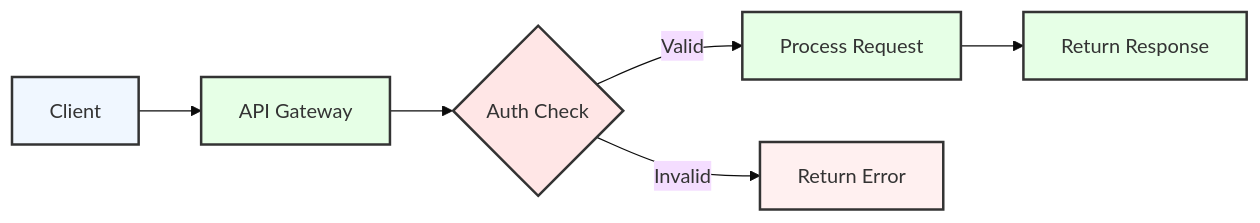
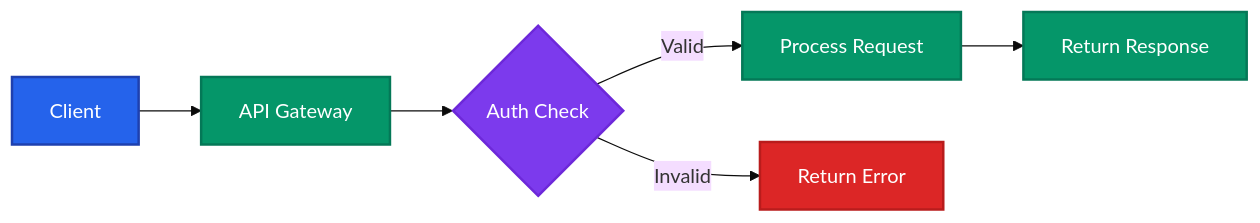
One commit to kafle1/timetablepro changed the seventh of 10 diagrams in docs/API.md. Above: the diagram before and after it, drawn with Mermaid (base theme). The commit also changed other lines of this file and 1 other file, not shown here.

Commit message:
docs: Update diagrams with strong, accessible color scheme

````diff
--- a/docs/API.md
+++ b/docs/API.md
@@ -338,20 +354,21 @@
 ```mermaid
 graph LR
     A[Client] --> B[API Gateway]
     B --> C{Auth Check}
     C -->|Valid| D[Process Request]
     C -->|Invalid| E[Return Error]
     D --> F[Return Response]
 
-    classDef default fill:#f0f7ff,stroke:#333,stroke-width:2px
-    classDef gateway fill:#e6ffe6,stroke:#333,stroke-width:2px
-    classDef check fill:#ffe6e6,stroke:#333,stroke-width:2px
-    classDef error fill:#fff0f0,stroke:#333,stroke-width:2px
-    classDef success fill:#e6ffe6,stroke:#333,stroke-width:2px
+    %% Strong, accessible colors
+    classDef default fill:#2563eb,color:#ffffff,stroke:#1e40af,stroke-width:2px
+    classDef gateway fill:#059669,color:#ffffff,stroke:#047857,stroke-width:2px
+    classDef check fill:#7c3aed,color:#ffffff,stroke:#6d28d9,stroke-width:2px
+    classDef error fill:#dc2626,color:#ffffff,stroke:#b91c1c,stroke-width:2px
+    classDef success fill:#059669,color:#ffffff,stroke:#047857,stroke-width:2px
 
     class A default
     class B gateway
     class C check
     class D,F success
     class E error
 ```
````
